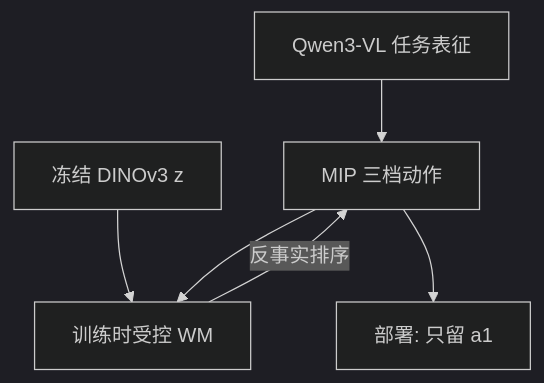
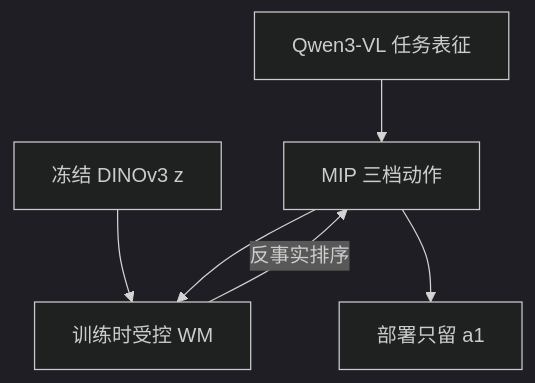
Before and after one commit to ImChong/Robotics_Notebooks: the diagram in wiki/entities/paper-phi-wm-acteffect.md, drawn with Mermaid (dark theme). The commit also changed 3 other files, not shown here.

Commit message:
fix(wiki): 修正 LeJEPA 族详情页 Mermaid 节点标签以便静态站渲染

````diff
--- a/wiki/entities/paper-phi-wm-acteffect.md
+++ b/wiki/entities/paper-phi-wm-acteffect.md
@@ -70,8 +70,8 @@
 ```mermaid
 flowchart TB
   VLM[Qwen3-VL 任务表征] --> MIP[MIP 三档动作]
   DINO[冻结 DINOv3 z] --> CWM[训练时受控 WM]
   MIP --> CWM
   CWM -->|反事实排序| MIP
-  MIP --> Deploy[部署: 只留 a1]
+  MIP --> Deploy["部署只留 a1"]
 ```
````
